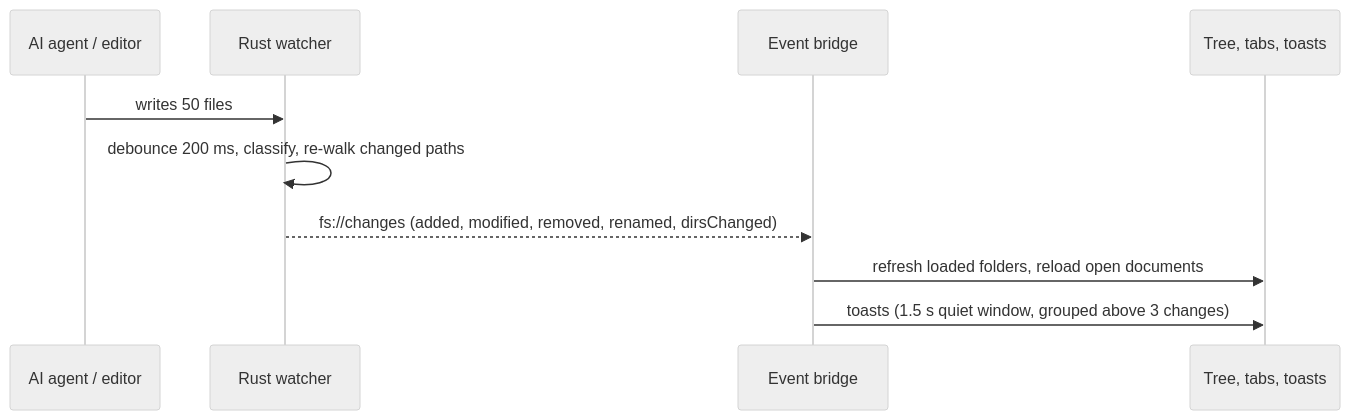
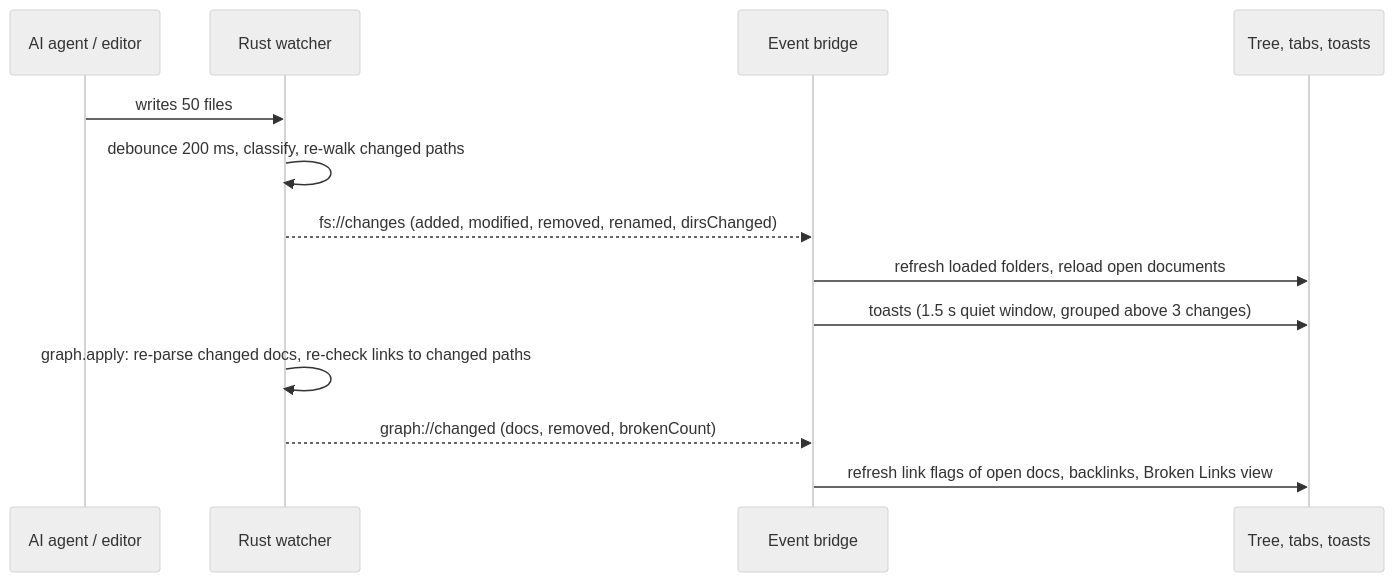
One commit to jean3978/IGrasp changed the fourth of 6 diagrams in docs/architecture.md. Above: the diagram before and after it, drawn with Mermaid (neutral theme). The commit also changed other lines of this file and 19 other files, not shown here.

First line of the commit message:
docs: feature pages, architecture, ADRs and README for 0.2.0

````diff
--- a/docs/architecture.md
+++ b/docs/architecture.md
@@ -105,12 +138,15 @@
 ```mermaid
 sequenceDiagram
   participant Agent as AI agent / editor
   participant W as Rust watcher
   participant B as Event bridge
   participant UI as Tree, tabs, toasts
   Agent->>W: writes 50 files
   W->>W: debounce 200 ms, classify, re-walk changed paths
   W-->>B: fs://changes (added, modified, removed, renamed, dirsChanged)
   B->>UI: refresh loaded folders, reload open documents
   B->>UI: toasts (1.5 s quiet window, grouped above 3 changes)
+  W->>W: graph.apply: re-parse changed docs, re-check links to changed paths
+  W-->>B: graph://changed (docs, removed, brokenCount)
+  B->>UI: refresh link flags of open docs, backlinks, Broken Links view
 ```
````
